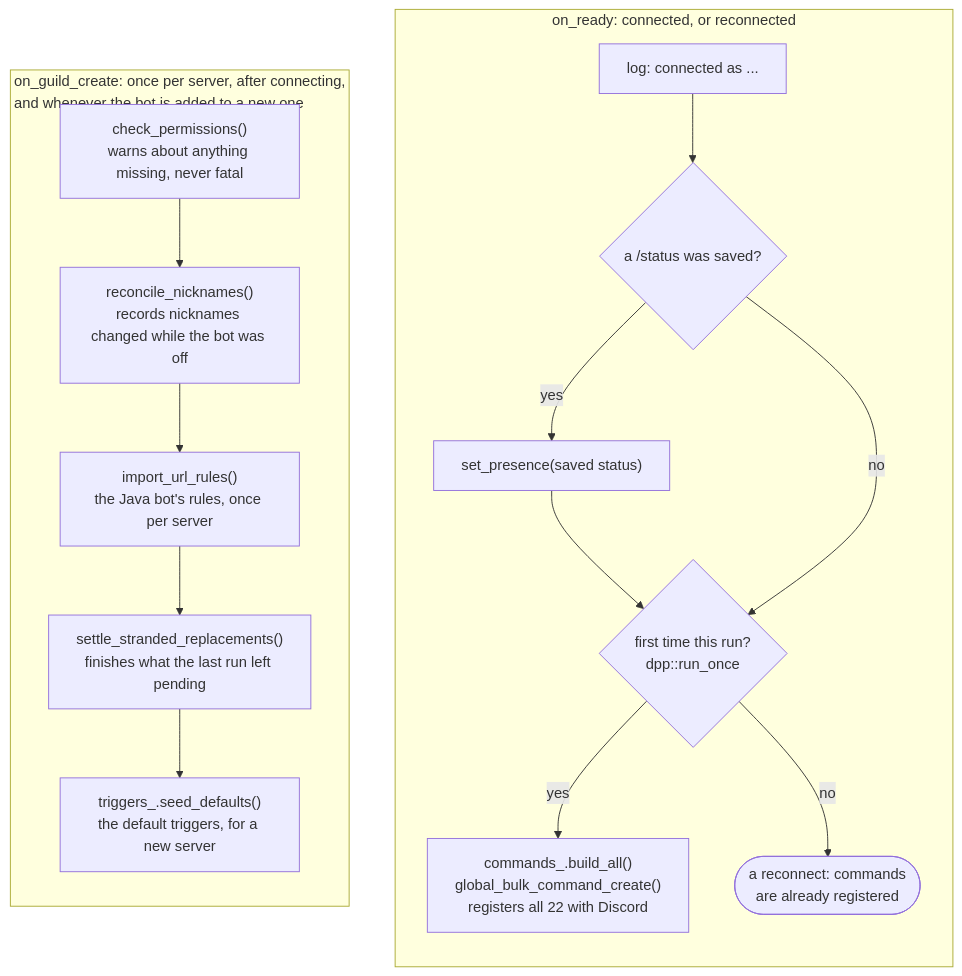
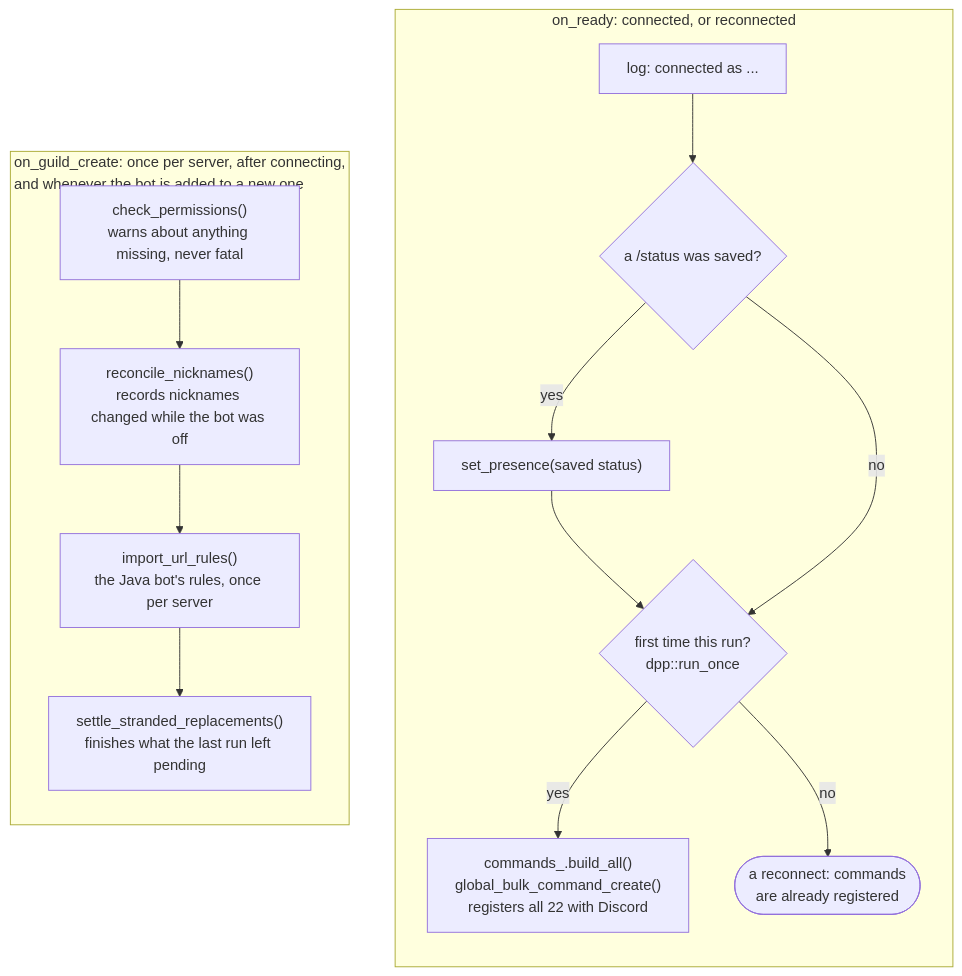
Before and after one commit to mhorn00/LatiBot-cpp: diagram 11 of 14 in docs/architecture/Execution_Flow.md, drawn with Mermaid. The commit also changed 167 other files, not shown here.

````diff
--- a/docs/architecture/Execution_Flow.md
+++ b/docs/architecture/Execution_Flow.md
@@ -622,27 +622,26 @@
 ```mermaid
 flowchart TB
     subgraph ready["on_ready: connected, or reconnected"]
         direction TB
         r1["log: connected as ..."]
         r2{"a /status was saved?"}
         r3["set_presence(saved status)"]
         r4{"first time this run?<br/>dpp::run_once"}
         r5["commands_.build_all()<br/>global_bulk_command_create()<br/>registers all 22 with Discord"]
         r6(["a reconnect: commands<br/>are already registered"])
         r1 --> r2
         r2 -- yes --> r3 --> r4
         r2 -- no --> r4
         r4 -- yes --> r5
         r4 -- no --> r6
     end
 
     subgraph guild["on_guild_create: once per server, after connecting,<br/>and whenever the bot is added to a new one"]
         direction TB
         g1["check_permissions()<br/>warns about anything missing, never fatal"]
         g2["reconcile_nicknames()<br/>records nicknames changed while the bot was off"]
         g3["import_url_rules()<br/>the Java bot's rules, once per server"]
         g4["settle_stranded_replacements()<br/>finishes what the last run left pending"]
-        g5["triggers_.seed_defaults()<br/>the default triggers, for a new server"]
-        g1 --> g2 --> g3 --> g4 --> g5
+        g1 --> g2 --> g3 --> g4
     end
 ```
````
